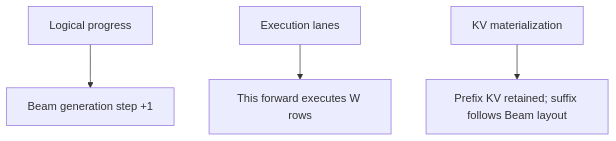
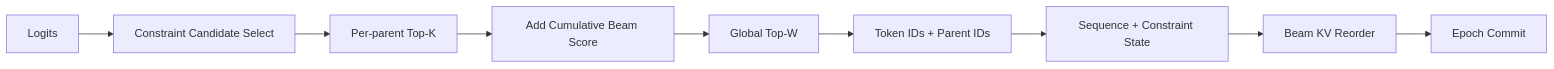
One commit to zhanghanleo10/gr-related changed the fifth of 10 diagrams in GR/engine_owned_persistent_beam_session_feature_design.md. Above: the diagram before and after it, drawn with Mermaid. The commit also changed other lines of this file, not shown here.

Commit message:
Update persistent beam session architecture

```diff
--- a/GR/engine_owned_persistent_beam_session_feature_design.md
+++ b/GR/engine_owned_persistent_beam_session_feature_design.md
@@ -716,10 +392,21 @@
 ~~~mermaid
-flowchart TB
-    L["Logical progress"]
-    E["Execution lanes"]
-    K["KV materialization"]
+flowchart LR
+    LOGITS["Logits"]
+    FILTER["Constraint Candidate Select"]
+    LOCAL["Per-parent Top-K"]
+    SCORE["Add Cumulative Beam Score"]
+    GLOBAL["Global Top-W"]
+    PARENT["Token IDs + Parent IDs"]
+    STATE["Sequence + Constraint State"]
+    KV["Beam KV Reorder"]
+    DONE["Epoch Commit"]
 
-    L --> A["Beam generation step +1"]
-    E --> B["This forward executes W rows"]
-    K --> C["Prefix KV retained; suffix follows Beam layout"]
+    LOGITS --> FILTER
+    FILTER --> LOCAL
+    LOCAL --> SCORE
+    SCORE --> GLOBAL
+    GLOBAL --> PARENT
+    PARENT --> STATE
+    STATE --> KV
+    KV --> DONE
 ~~~
```
